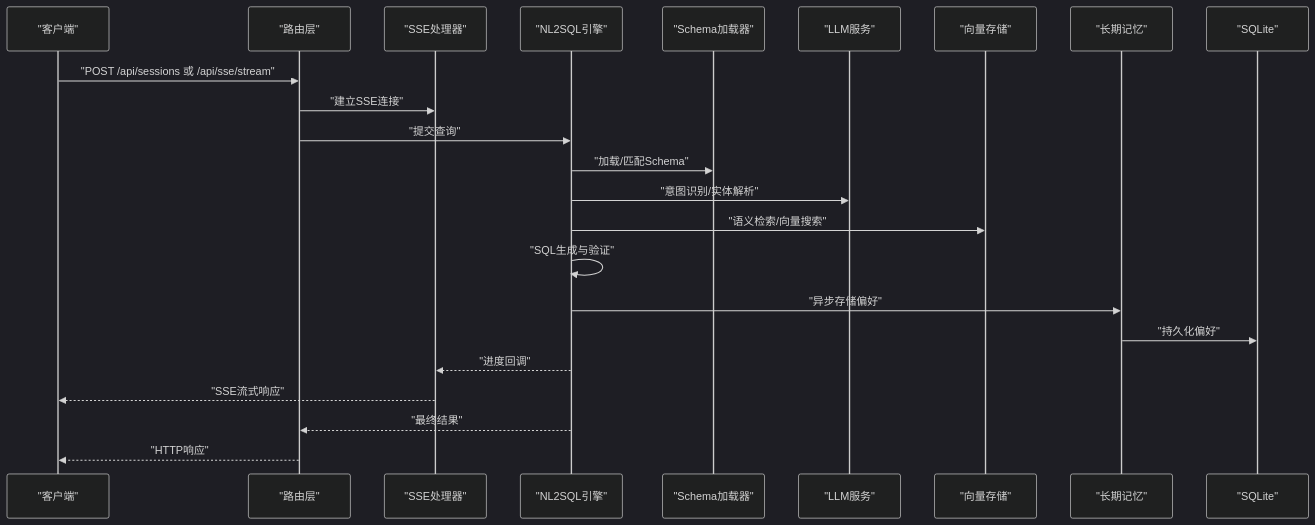
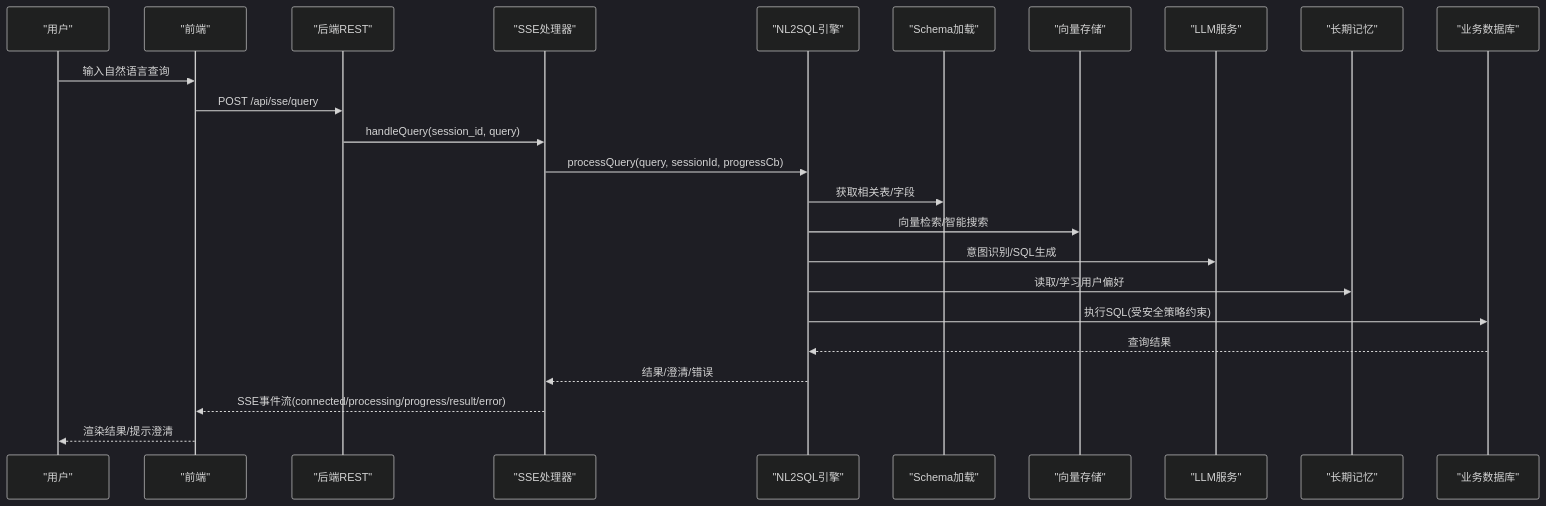
One commit to HanHuiOnLine/724-office changed the second of 9 diagrams in NL2SQL/.qoder/repowiki/zh/content/系统架构/数据流设计.md. Above: the diagram before and after it, drawn with Mermaid (dark theme). The commit also changed other lines of this file and 207 other files, not shown here.

````diff
--- a/NL2SQL/.qoder/repowiki/zh/content/系统架构/数据流设计.md
+++ b/NL2SQL/.qoder/repowiki/zh/content/系统架构/数据流设计.md
@@ -143,25 +130,26 @@
 ```mermaid
 sequenceDiagram
-participant Client as "客户端"
-participant Routes as "路由层"
+participant U as "用户"
+participant FE as "前端"
+participant API as "后端REST"
 participant SSE as "SSE处理器"
-participant Engine as "NL2SQL引擎"
-participant Schema as "Schema加载器"
+participant NLE as "NL2SQL引擎"
+participant SC as "Schema加载"
+participant VS as "向量存储"
 participant LLM as "LLM服务"
-participant Vec as "向量存储"
-participant Mem as "长期记忆"
-participant DB as "SQLite"
-Client->>Routes : "POST /api/sessions 或 /api/sse/stream"
-Routes->>SSE : "建立SSE连接"
-Routes->>Engine : "提交查询"
-Engine->>Schema : "加载/匹配Schema"
-Engine->>LLM : "意图识别/实体解析"
-Engine->>Vec : "语义检索/向量搜索"
-Engine->>Engine : "SQL生成与验证"
-Engine->>Mem : "异步存储偏好"
-Mem->>DB : "持久化偏好"
-Engine-->>SSE : "进度回调"
-SSE-->>Client : "SSE流式响应"
-Engine-->>Routes : "最终结果"
-Routes-->>Client : "HTTP响应"
+participant LTM as "长期记忆"
+participant DB as "业务数据库"
+U->>FE : 输入自然语言查询
+FE->>API : POST /api/sse/query
+API->>SSE : handleQuery(session_id, query)
+SSE->>NLE : processQuery(query, sessionId, progressCb)
+NLE->>SC : 获取相关表/字段
+NLE->>VS : 向量检索/智能搜索
+NLE->>LLM : 意图识别/SQL生成
+NLE->>LTM : 读取/学习用户偏好
+NLE->>DB : 执行SQL(受安全策略约束)
+DB-->>NLE : 查询结果
+NLE-->>SSE : 结果/澄清/错误
+SSE-->>FE : SSE事件流(connected/processing/progress/result/error)
+FE-->>U : 渲染结果/提示澄清
 ```
````
